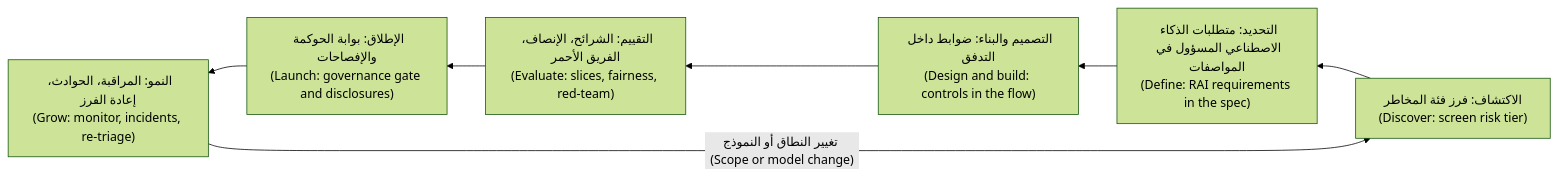
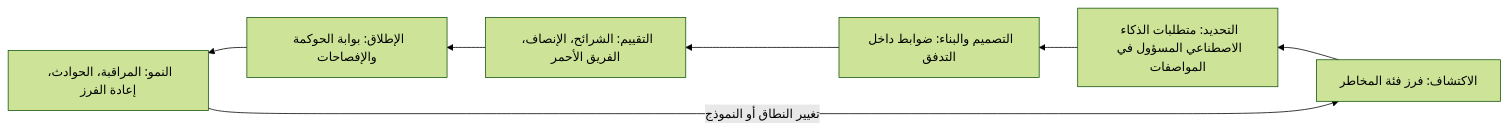
The fourth of 4 diagrams in aipm/modules/09-strategy.ar.md (Tamoura/system-design-for-vibe-coders), drawn with Mermaid (forest theme) before and after one commit. The commit also changed other lines of this file and 551 other files, not shown here.

````diff
--- a/aipm/modules/09-strategy.ar.md
+++ b/aipm/modules/09-strategy.ar.md
@@ -804,9 +828,9 @@
 ```mermaid
 flowchart RL
-    A["الاكتشاف: فرز فئة المخاطر<br/>(Discover: screen risk tier)"] --> B["التحديد: متطلبات الذكاء الاصطناعي المسؤول في المواصفات<br/>(Define: RAI requirements in the spec)"]
-    B --> C["التصميم والبناء: ضوابط داخل التدفق<br/>(Design and build: controls in the flow)"]
-    C --> D["التقييم: الشرائح، الإنصاف، الفريق الأحمر<br/>(Evaluate: slices, fairness, red-team)"]
-    D --> E["الإطلاق: بوابة الحوكمة والإفصاحات<br/>(Launch: governance gate and disclosures)"]
-    E --> F["النمو: المراقبة، الحوادث، إعادة الفرز<br/>(Grow: monitor, incidents, re-triage)"]
-    F -- "تغيير النطاق أو النموذج (Scope or model change)" --> A
+    A["الاكتشاف: فرز فئة المخاطر"] --> B["التحديد: متطلبات الذكاء الاصطناعي المسؤول في المواصفات"]
+    B --> C["التصميم والبناء: ضوابط داخل التدفق"]
+    C --> D["التقييم: الشرائح، الإنصاف، الفريق الأحمر"]
+    D --> E["الإطلاق: بوابة الحوكمة والإفصاحات"]
+    E --> F["النمو: المراقبة، الحوادث، إعادة الفرز"]
+    F -- "تغيير النطاق أو النموذج" --> A
 ```
````
